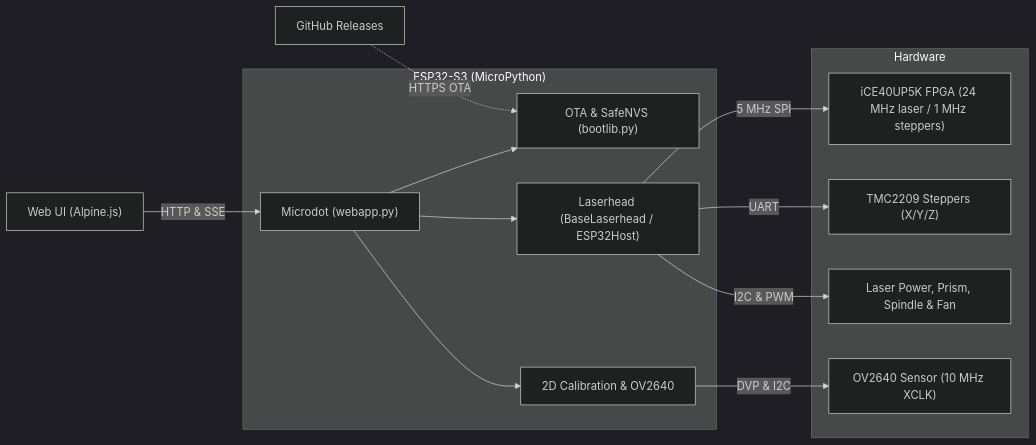
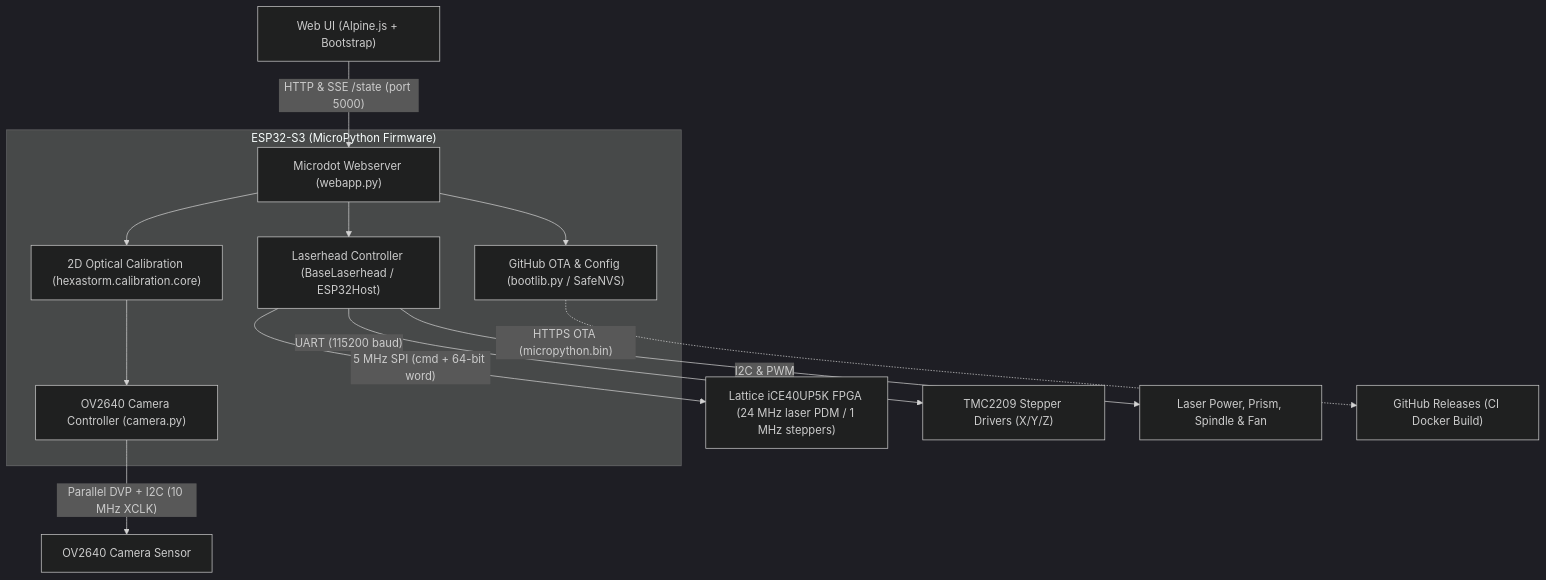
Before and after one commit to hstarmans/esp32_hexastorm: the diagram in README.md, drawn with Mermaid (dark theme).

Commit message:
revert mermaid

````diff
--- a/README.md
+++ b/README.md
@@ -11,23 +11,17 @@
 ```mermaid
-flowchart LR
-    UI["Web UI (Alpine.js)"] -->|"HTTP & SSE"| WEB["Microdot (webapp.py)"]
-    GH["GitHub Releases"] -.->|"HTTPS OTA"| OTA
+flowchart TD
+    UI["Web UI (Alpine.js + Bootstrap)"] -->|"HTTP & SSE /state (port 5000)"| WEB["Microdot Webserver (webapp.py)"]
 
-    subgraph ESP32["ESP32-S3 (MicroPython)"]
-        WEB --> LH["Laserhead (BaseLaserhead / ESP32Host)"]
-        WEB --> CAL["2D Calibration & OV2640"]
-        WEB --> OTA["OTA & SafeNVS (bootlib.py)"]
+    subgraph ESP32["ESP32-S3 (MicroPython Firmware)"]
+        WEB --> LH["Laserhead Controller (BaseLaserhead / ESP32Host)"]
+        WEB --> CAL["2D Optical Calibration (hexastorm.calibration.core)"]
+        WEB --> OTA["GitHub OTA & Config (bootlib.py / SafeNVS)"]
+        CAL --> CAM_CTRL["OV2640 Camera Controller (camera.py)"]
     end
 
-    subgraph HW["Hardware"]
-        FPGA["iCE40UP5K FPGA (24 MHz laser / 1 MHz steppers)"]
-        TMC["TMC2209 Steppers (X/Y/Z)"]
-        PERIPH["Laser Power, Prism, Spindle & Fan"]
-        OV["OV2640 Sensor (10 MHz XCLK)"]
-    end
-
-    LH -->|"5 MHz SPI"| FPGA
-    LH -->|"UART"| TMC
-    LH -->|"I2C & PWM"| PERIPH
-    CAL -->|"DVP & I2C"| OV
+    LH -->|"5 MHz SPI (cmd + 64-bit word)"| FPGA["Lattice iCE40UP5K FPGA (24 MHz laser PDM / 1 MHz steppers)"]
+    LH -->|"UART (115200 baud)"| TMC["TMC2209 Stepper Drivers (X/Y/Z)"]
+    LH -->|"I2C & PWM"| PERIPH["Laser Power, Prism, Spindle & Fan"]
+    CAM_CTRL -->|"Parallel DVP + I2C (10 MHz XCLK)"| OV["OV2640 Camera Sensor"]
+    OTA -.->|"HTTPS OTA (micropython.bin)"| GH["GitHub Releases (CI Docker Build)"]
 ```
````
